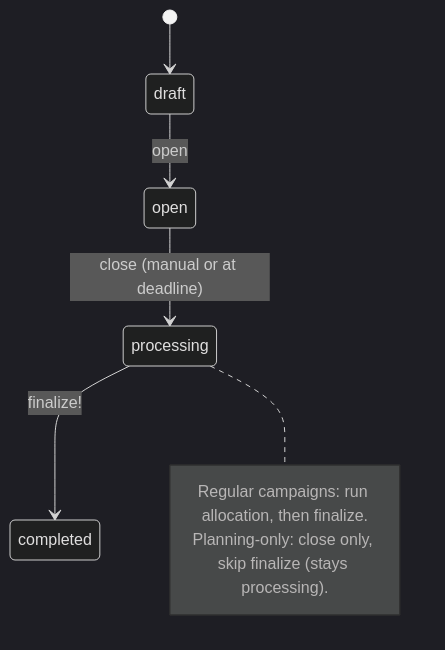
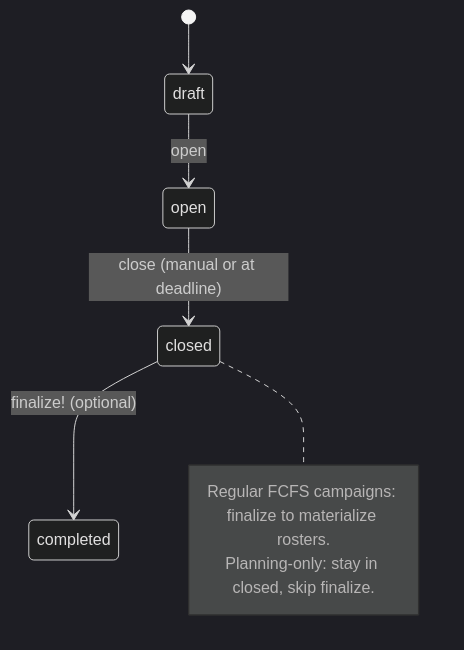
One commit to MaMpf-HD/mampf changed the first of 6 diagrams in architecture/src/features/02-registration.md. Above: the diagram before and after it, drawn with Mermaid (dark theme). The commit also changed other lines of this file and 16 other files, not shown here.

First line of the commit message:
Architecture: Incorporate changes from registration pr (#936)

````diff
--- a/architecture/src/features/02-registration.md
+++ b/architecture/src/features/02-registration.md
@@ -1096,12 +1171,12 @@
 ```mermaid
 stateDiagram-v2
     [*] --> draft
     draft --> open : open
-    open --> processing : close (manual or at deadline)
-    processing --> completed : finalize!
+    open --> closed : close (manual or at deadline)
+    closed --> completed : finalize! (optional)
 
-    note right of processing
-        Regular campaigns: run allocation, then finalize.
-        Planning-only: close only, skip finalize (stays processing).
+    note right of closed
+        Regular FCFS campaigns: finalize to materialize rosters.
+        Planning-only: stay in closed, skip finalize.
     end note
 ```
````
